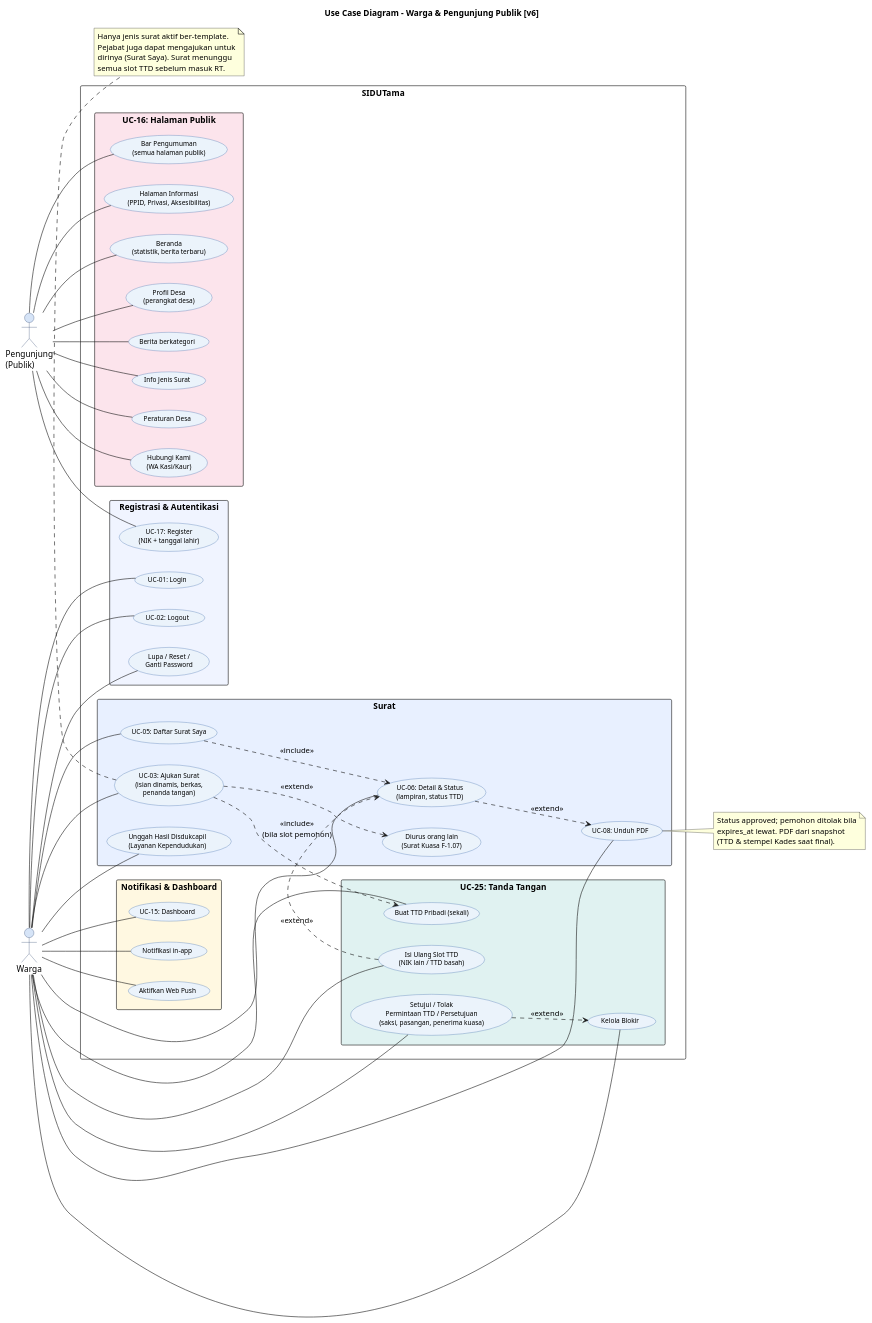
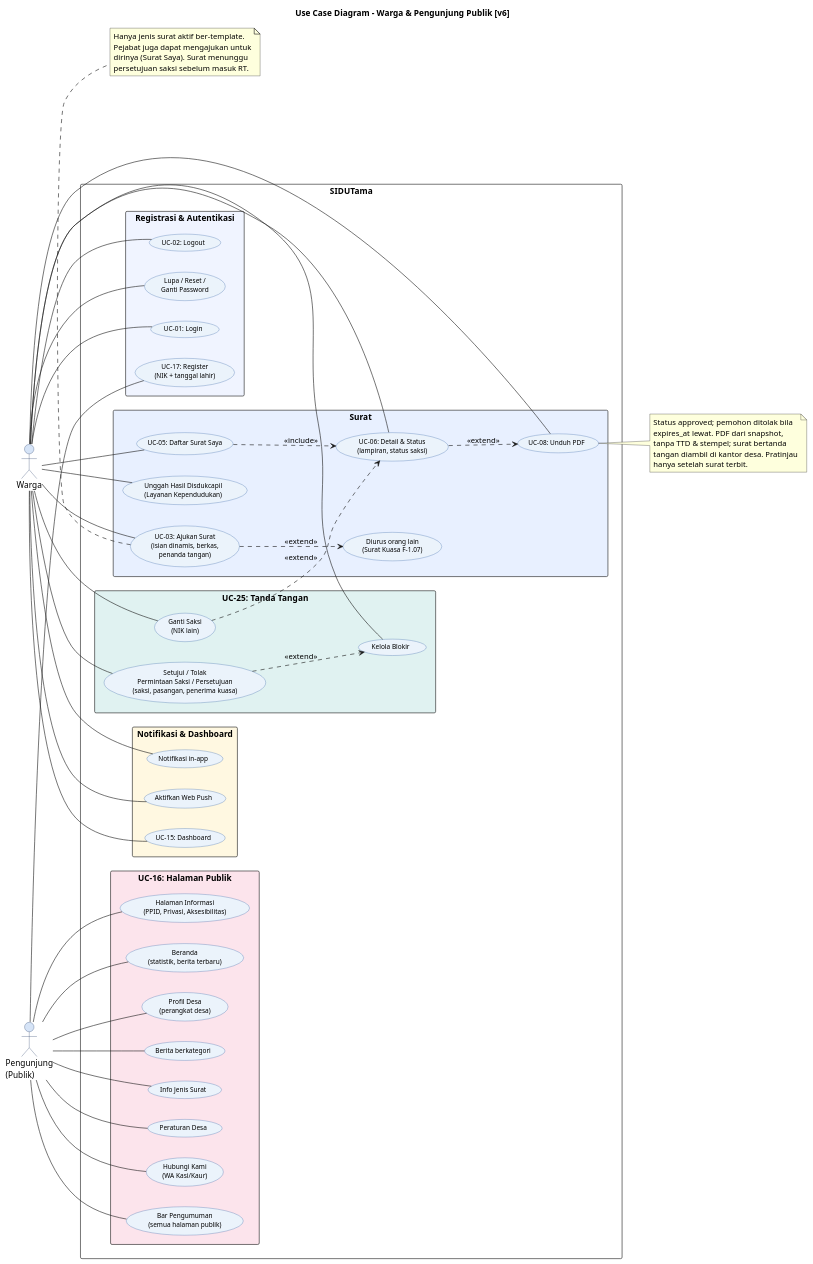
One commit to Vextronode/sid-app changed the diagram in docs/diagram/code/usecase/01_UC_Warga_v6.puml. Above: the diagram before and after it, drawn with PlantUML. The commit also changed other lines of this file and 172 other files, not shown here.

First line of the commit message:
refactor(surat): hapus TTD digital, surat terbit tanpa TTD/stempel

```diff
--- a/docs/diagram/code/usecase/01_UC_Warga_v6.puml
+++ b/docs/diagram/code/usecase/01_UC_Warga_v6.puml
@@ -9,102 +10,101 @@
 @startuml UC_Warga_v6
 left to right direction
 skinparam packageStyle rectangle
 skinparam backgroundColor #FFFFFF
 skinparam usecase {
   BackgroundColor #EBF3FB
   BorderColor #2E5FA3
   FontName Arial
   FontSize 11
 }
 skinparam actor {
   BackgroundColor #D6E4F7
   BorderColor #1F3864
   FontName Arial
 }
 title Use Case Diagram - Warga & Pengunjung Publik [v6]
 
 actor "Warga" as WRG
 actor "Pengunjung\n(Publik)" as PUB
 
 rectangle "SIDUTama" {
   rectangle "Registrasi & Autentikasi" #F0F4FF {
     usecase "UC-17: Register\n(NIK + tanggal lahir)" as UC_REG
     usecase "UC-01: Login" as UC_LOGIN
     usecase "UC-02: Logout" as UC_LOGOUT
     usecase "Lupa / Reset /\nGanti Password" as UC_PWD
   }
   rectangle "UC-16: Halaman Publik" #FCE4EC {
     usecase "Beranda\n(statistik, berita terbaru)" as UC_P1
     usecase "Profil Desa\n(perangkat desa)" as UC_P2
     usecase "Berita berkategori" as UC_P3
     usecase "Info Jenis Surat" as UC_P4
     usecase "Peraturan Desa" as UC_P5
     usecase "Hubungi Kami\n(WA Kasi/Kaur)" as UC_P6
     usecase "Bar Pengumuman\n(semua halaman publik)" as UC_P7
     usecase "Halaman Informasi\n(PPID, Privasi, Aksesibilitas)" as UC_P8
   }
   rectangle "Surat" #E8F0FF {
     usecase "UC-03: Ajukan Surat\n(isian dinamis, berkas,\npenanda tangan)" as UC_SUBMIT
     usecase "UC-05: Daftar Surat Saya" as UC_LIST
-    usecase "UC-06: Detail & Status\n(lampiran, status TTD)" as UC_DETAIL
+    usecase "UC-06: Detail & Status\n(lampiran, status saksi)" as UC_DETAIL
     usecase "UC-08: Unduh PDF" as UC_DL
     usecase "Unggah Hasil Disdukcapil\n(Layanan Kependudukan)" as UC_RESULT
     usecase "Diurus orang lain\n(Surat Kuasa F-1.07)" as UC_POA
   }
   rectangle "UC-25: Tanda Tangan" #E0F2F1 {
-    usecase "Buat TTD Pribadi (sekali)" as UC_SIG
-    usecase "Setujui / Tolak\nPermintaan TTD / Persetujuan\n(saksi, pasangan, penerima kuasa)" as UC_SIGREQ
-    usecase "Isi Ulang Slot TTD\n(NIK lain / TTD basah)" as UC_REFILL
+    usecase "Setujui / Tolak\nPermintaan Saksi / Persetujuan\n(saksi, pasangan, penerima kuasa)" as UC_SIGREQ
+    usecase "Ganti Saksi\n(NIK lain)" as UC_REFILL
     usecase "Kelola Blokir" as UC_BLOCK
   }
   rectangle "Notifikasi & Dashboard" #FFF8E1 {
     usecase "Notifikasi in-app" as UC_NOTIF
     usecase "Aktifkan Web Push" as UC_PUSH
     usecase "UC-15: Dashboard" as UC_DASH
   }
 }
 
 PUB -- UC_P1
 PUB -- UC_P2
 PUB -- UC_P3
 PUB -- UC_P4
 PUB -- UC_P5
 PUB -- UC_P6
 PUB -- UC_P7
 PUB -- UC_P8
 PUB -- UC_REG
 WRG -- UC_LOGIN
 WRG -- UC_LOGOUT
 WRG -- UC_PWD
 WRG -- UC_SUBMIT
 WRG -- UC_LIST
 WRG -- UC_DETAIL
 WRG -- UC_DL
 WRG -- UC_RESULT
 UC_SUBMIT ..> UC_POA : <<extend>>
-WRG -- UC_SIG
 WRG -- UC_SIGREQ
 WRG -- UC_REFILL
 WRG -- UC_BLOCK
 WRG -- UC_NOTIF
 WRG -- UC_PUSH
 WRG -- UC_DASH
 
-UC_SUBMIT ..> UC_SIG : <<include>>\n(bila slot pemohon)
 UC_REFILL ..> UC_DETAIL : <<extend>>
 UC_LIST ..> UC_DETAIL : <<include>>
 UC_DETAIL ..> UC_DL : <<extend>>
 UC_SIGREQ ..> UC_BLOCK : <<extend>>
 
 note bottom of UC_SUBMIT
   Hanya jenis surat aktif ber-template.
   Pejabat juga dapat mengajukan untuk
   dirinya (Surat Saya). Surat menunggu
-  semua slot TTD sebelum masuk RT.
+  persetujuan saksi sebelum masuk RT.
 end note
 note right of UC_DL
   Status approved; pemohon ditolak bila
-  expires_at lewat. PDF dari snapshot
-  (TTD & stempel Kades saat final).
+  expires_at lewat. PDF dari snapshot,
+  tanpa TTD & stempel; surat bertanda
+  tangan diambil di kantor desa. Pratinjau
+  hanya setelah surat terbit.
 end note
 @enduml
```
